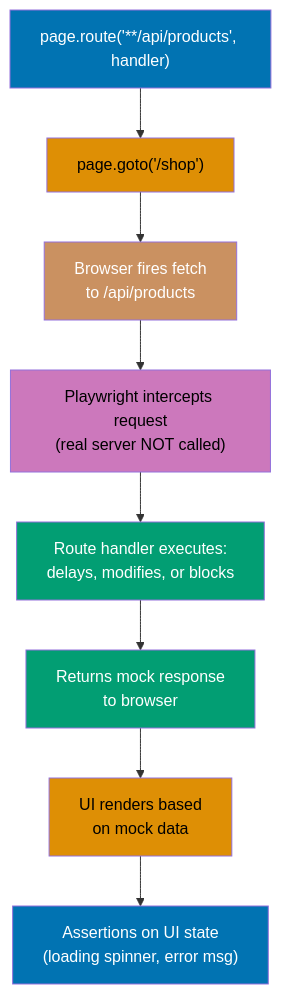
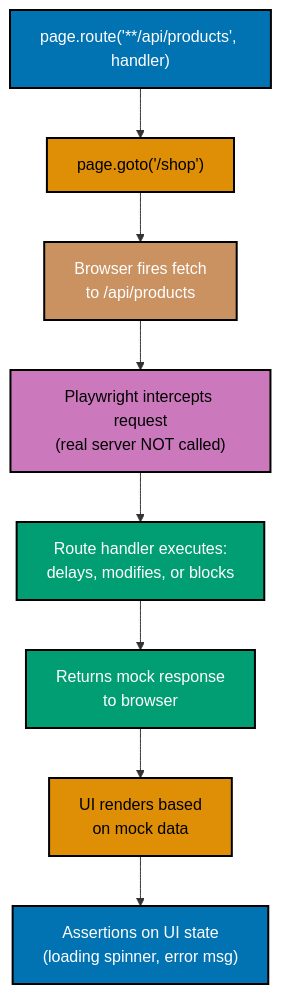
The ninth of 15 diagrams in apps/ayokoding-web/content/en/learn/software-engineering/automation-testing/tools/playwright/by-example/intermediate.md (wahidyankf/open-sharia-enterprise), drawn with Mermaid before and after one commit. The commit also changed other lines of this file and 25 other files, not shown here.

````diff
--- a/apps/ayokoding-web/content/en/learn/software-engineering/automation-testing/tools/playwright/by-example/intermediate.md
+++ b/apps/ayokoding-web/content/en/learn/software-engineering/automation-testing/tools/playwright/by-example/intermediate.md
@@ -1341,20 +1341,20 @@
 ```mermaid
 %% Color Palette: Blue #0173B2, Orange #DE8F05, Teal #029E73, Purple #CC78BC, Brown #CA9161
 graph TD
     Route["page.route('**/api/products', handler)"] --> Navigate["page.goto('/shop')"]
     Navigate --> BrowserReq["Browser fires fetch<br/>to /api/products"]
     BrowserReq --> Intercept["Playwright intercepts request<br/>(real server NOT called)"]
     Intercept --> Handler["Route handler executes:<br/>delays, modifies, or blocks"]
     Handler --> MockResp["Returns mock response<br/>to browser"]
     MockResp --> UI["UI renders based<br/>on mock data"]
     UI --> Assert["Assertions on UI state<br/>(loading spinner, error msg)"]
 
-    style Route fill:#0173B2,color:#fff
-    style Navigate fill:#DE8F05,color:#000
-    style BrowserReq fill:#CA9161,color:#fff
-    style Intercept fill:#CC78BC,color:#000
-    style Handler fill:#029E73,color:#fff
-    style MockResp fill:#029E73,color:#fff
-    style UI fill:#DE8F05,color:#000
-    style Assert fill:#0173B2,color:#fff
+    style Route fill:#0173B2,stroke:#000000,stroke-width:2px,color:#fff
+    style Navigate fill:#DE8F05,stroke:#000000,stroke-width:2px,color:#000
+    style BrowserReq fill:#CA9161,stroke:#000000,stroke-width:2px,color:#fff
+    style Intercept fill:#CC78BC,stroke:#000000,stroke-width:2px,color:#000
+    style Handler fill:#029E73,stroke:#000000,stroke-width:2px,color:#fff
+    style MockResp fill:#029E73,stroke:#000000,stroke-width:2px,color:#fff
+    style UI fill:#DE8F05,stroke:#000000,stroke-width:2px,color:#000
+    style Assert fill:#0173B2,stroke:#000000,stroke-width:2px,color:#fff
 ```
````
